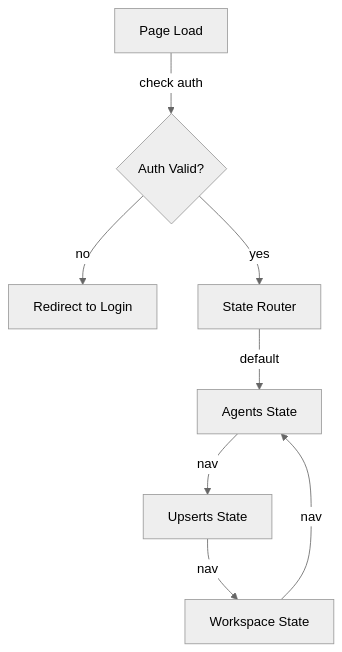
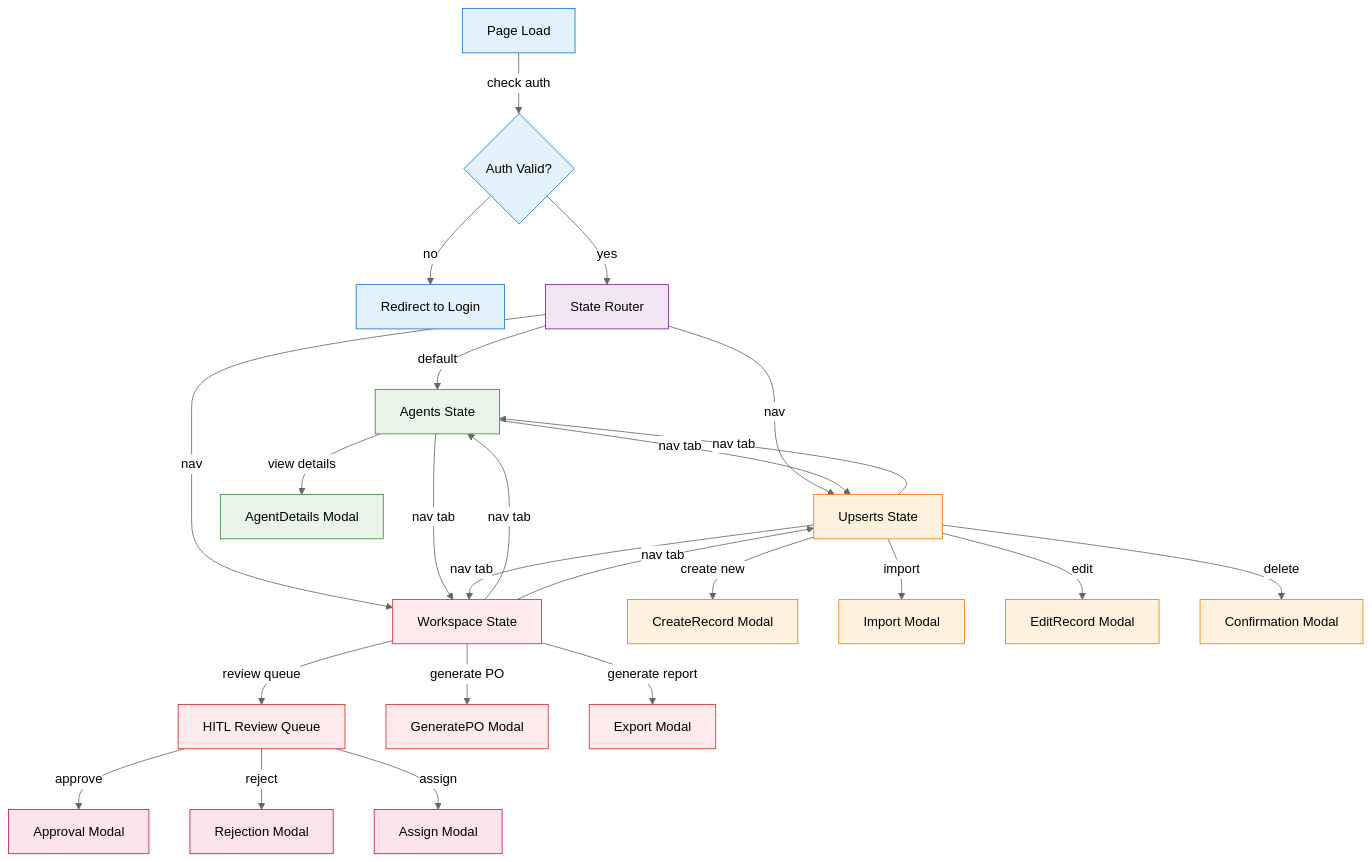
One commit to Construct-AI-primary/docs-paperclip changed diagram 11 of 12 in disciplines/01900-procurement/UI-UX-SPECIFICATION.md. Above: the diagram before and after it, drawn with Mermaid (neutral theme). The commit also changed other lines of this file and 10 other files, not shown here.

````diff
--- a/disciplines/01900-procurement/UI-UX-SPECIFICATION.md
+++ b/disciplines/01900-procurement/UI-UX-SPECIFICATION.md
@@ -199,10 +510,44 @@
 ```mermaid
 flowchart TD
     LOAD[Page Load] -->|check auth| AUTH{Auth Valid?}
     AUTH -->|no| LOGIN[Redirect to Login]
     AUTH -->|yes| STATE[State Router]
     STATE -->|default| AGENTS[Agents State]
-    AGENTS -->|nav| UPSERT[Upserts State]
-    UPSERT -->|nav| WORKSPACE[Workspace State]
-    WORKSPACE -->|nav| AGENTS
+    STATE -->|nav| UPSERT[Upserts State]
+    STATE -->|nav| WORKSPACE[Workspace State]
+
+    AGENTS -->|view details| AGENT_MODAL[AgentDetails Modal]
+    AGENTS -->|nav tab| UPSERT
+    AGENTS -->|nav tab| WORKSPACE
+
+    UPSERT -->|create new| CREATE_MODAL[CreateRecord Modal]
+    UPSERT -->|import| IMPORT_MODAL[Import Modal]
+    UPSERT -->|edit| EDIT_MODAL[EditRecord Modal]
+    UPSERT -->|delete| DELETE_MODAL[Confirmation Modal]
+    UPSERT -->|nav tab| AGENTS
+    UPSERT -->|nav tab| WORKSPACE
+
+    WORKSPACE -->|review queue| HITL_QUEUE[HITL Review Queue]
+    WORKSPACE -->|generate PO| PO_MODAL[GeneratePO Modal]
+    WORKSPACE -->|generate report| EXPORT_MODAL[Export Modal]
+    WORKSPACE -->|nav tab| AGENTS
+    WORKSPACE -->|nav tab| UPSERT
+
+    HITL_QUEUE -->|approve| APPROVE_MODAL[Approval Modal]
+    HITL_QUEUE -->|reject| REJECT_MODAL[Rejection Modal]
+    HITL_QUEUE -->|assign| ASSIGN_MODAL[Assign Modal]
+
+    classDef auth fill:#e3f2fd,stroke:#1976d2
+    classDef state fill:#f3e5f5,stroke:#7b1fa2
+    classDef agents fill:#e8f5e8,stroke:#388e3c
+    classDef upsert fill:#fff3e0,stroke:#f57c00
+    classDef workspace fill:#ffebee,stroke:#d32f2f
+    classDef modal fill:#fce4ec,stroke:#c2185b
+
+    class LOAD,AUTH,LOGIN auth
+    class STATE state
+    class AGENTS,AGENT_MODAL agents
+    class UPSERT,CREATE_MODAL,IMPORT_MODAL,EDIT_MODAL,DELETE_MODAL upsert
+    class WORKSPACE,HITL_QUEUE,PO_MODAL,EXPORT_MODAL workspace
+    class APPROVE_MODAL,REJECT_MODAL,ASSIGN_MODAL modal
 ```
````
